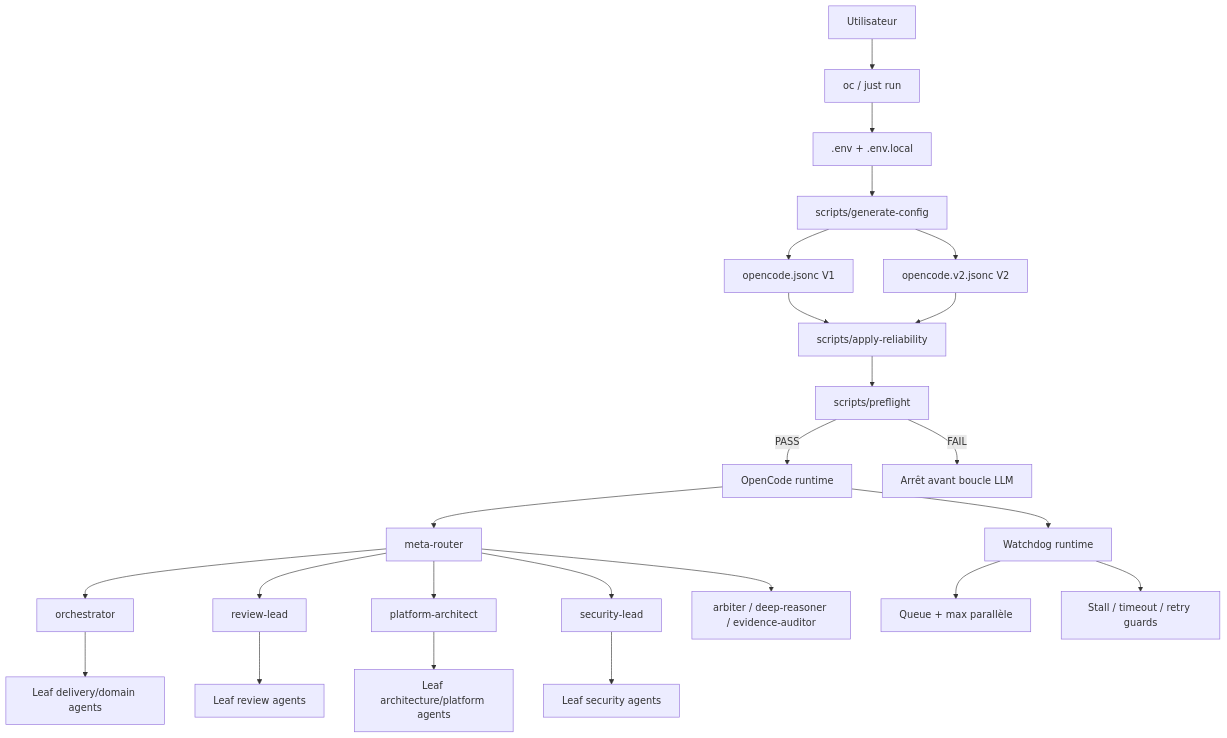
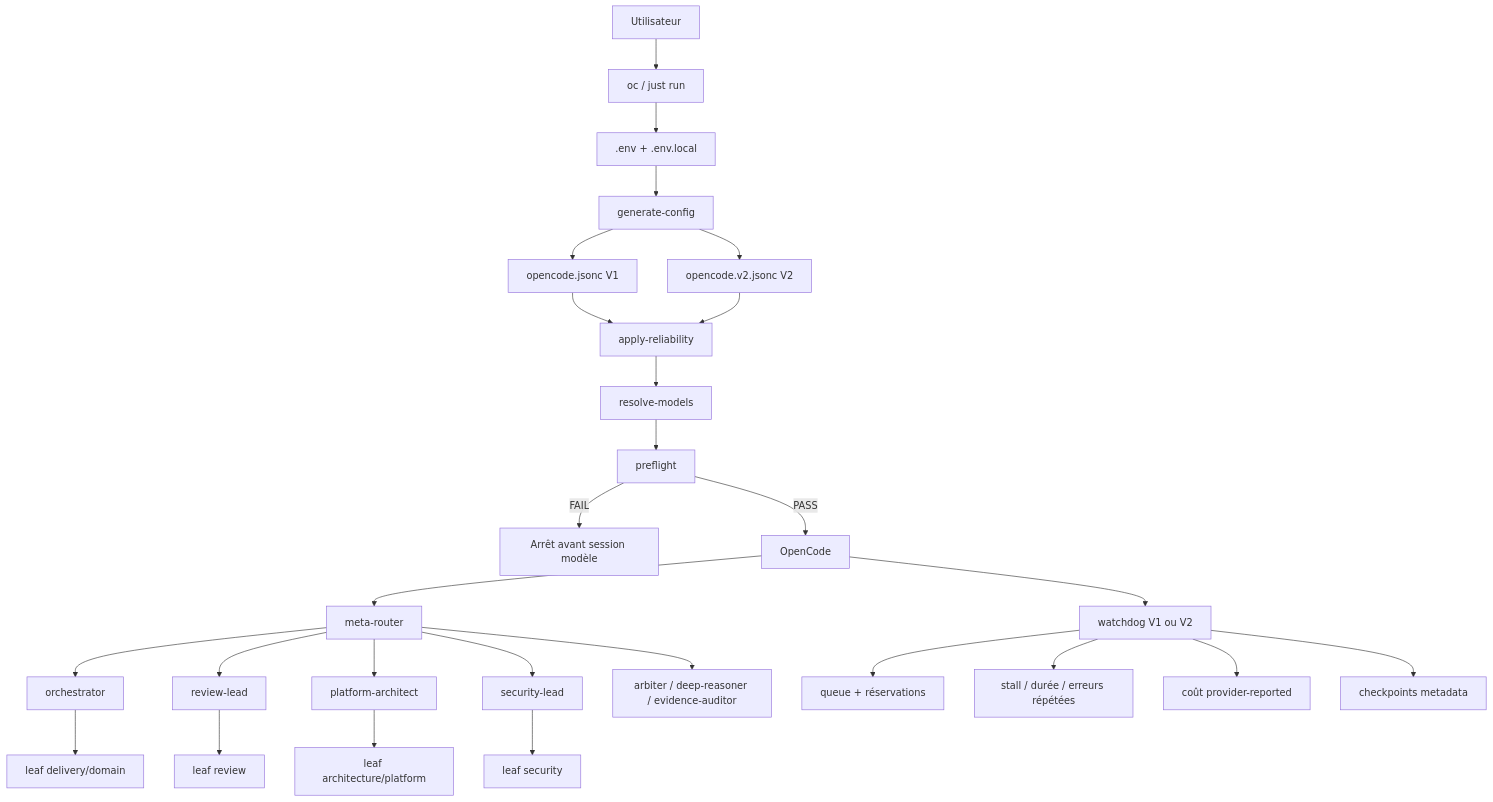
One commit to ylascaux/opencode-agent-toolkit changed the first of 4 diagrams in docs/fr/SYSTEM_ARCHITECTURE.md. Above: the diagram before and after it, drawn with Mermaid. The commit also changed other lines of this file, not shown here.

Commit message:
Align French system architecture with advanced guardrails

````diff
--- a/docs/fr/SYSTEM_ARCHITECTURE.md
+++ b/docs/fr/SYSTEM_ARCHITECTURE.md
@@ -26,29 +53,32 @@
 ```mermaid
 flowchart TD
     U[Utilisateur] --> CLI[oc / just run]
     CLI --> ENV[.env + .env.local]
-    ENV --> GEN[scripts/generate-config]
+    ENV --> GEN[generate-config]
     GEN --> CFG1[opencode.jsonc V1]
     GEN --> CFG2[opencode.v2.jsonc V2]
-    CFG1 --> REL[scripts/apply-reliability]
+    CFG1 --> REL[apply-reliability]
     CFG2 --> REL
-    REL --> PF[scripts/preflight]
-    PF -->|PASS| OC[OpenCode runtime]
-    PF -->|FAIL| STOP[Arrêt avant boucle LLM]
+    REL --> MOD[resolve-models]
+    MOD --> PF[preflight]
+    PF -->|FAIL| STOP[Arrêt avant session modèle]
+    PF -->|PASS| OC[OpenCode]
 
     OC --> MR[meta-router]
-    MR --> ORCH[orchestrator]
-    MR --> REV[review-lead]
-    MR --> ARCH[platform-architect]
-    MR --> SEC[security-lead]
-    MR --> ESC[arbiter / deep-reasoner / evidence-auditor]
+    MR --> O[orchestrator]
+    MR --> R[review-lead]
+    MR --> A[platform-architect]
+    MR --> S[security-lead]
+    MR --> E[arbiter / deep-reasoner / evidence-auditor]
 
-    ORCH --> L1[Leaf delivery/domain agents]
-    REV --> L2[Leaf review agents]
-    ARCH --> L3[Leaf architecture/platform agents]
-    SEC --> L4[Leaf security agents]
+    O --> DL[leaf delivery/domain]
+    R --> RL[leaf review]
+    A --> AL[leaf architecture/platform]
+    S --> SL[leaf security]
 
-    OC --> WD[Watchdog runtime]
-    WD --> Q[Queue + max parallèle]
-    WD --> STALL[Stall / timeout / retry guards]
+    OC --> W[watchdog V1 ou V2]
+    W --> Q[queue + réservations]
+    W --> ST[stall / durée / erreurs répétées]
+    W --> C[coût provider-reported]
+    W --> CP[checkpoints metadata]
 ```
````
